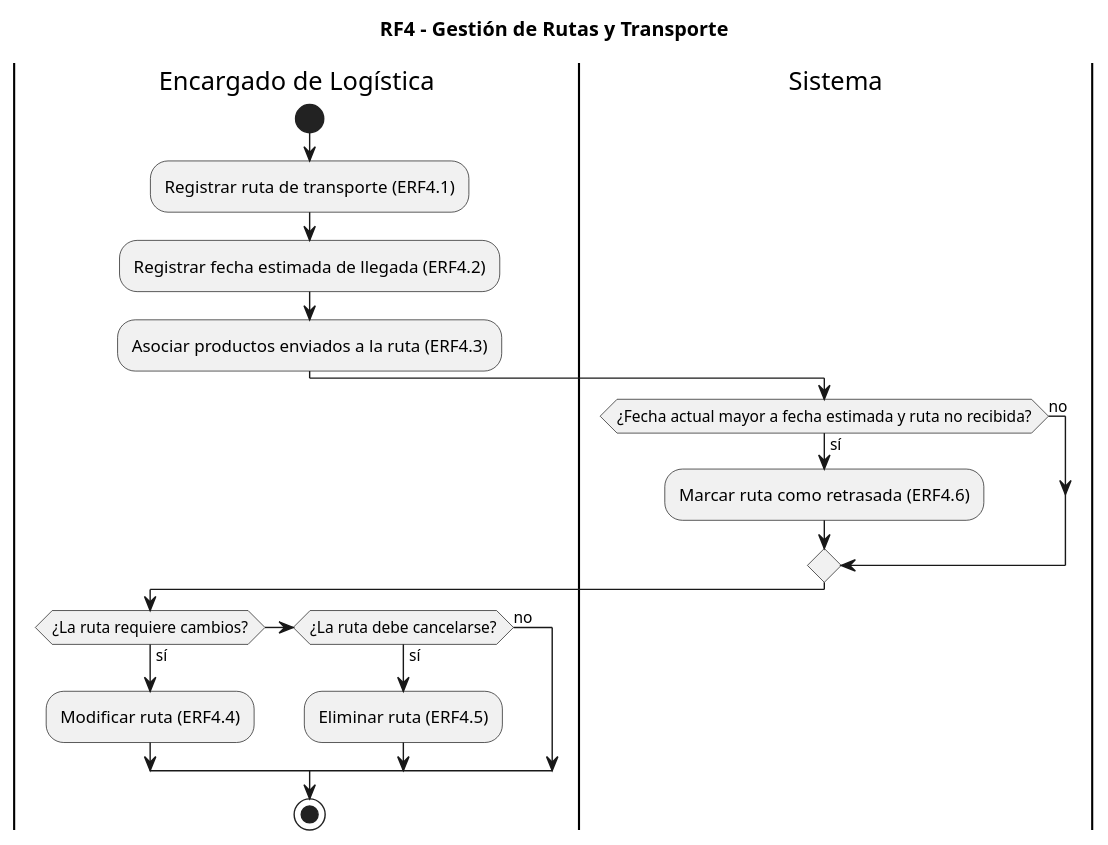
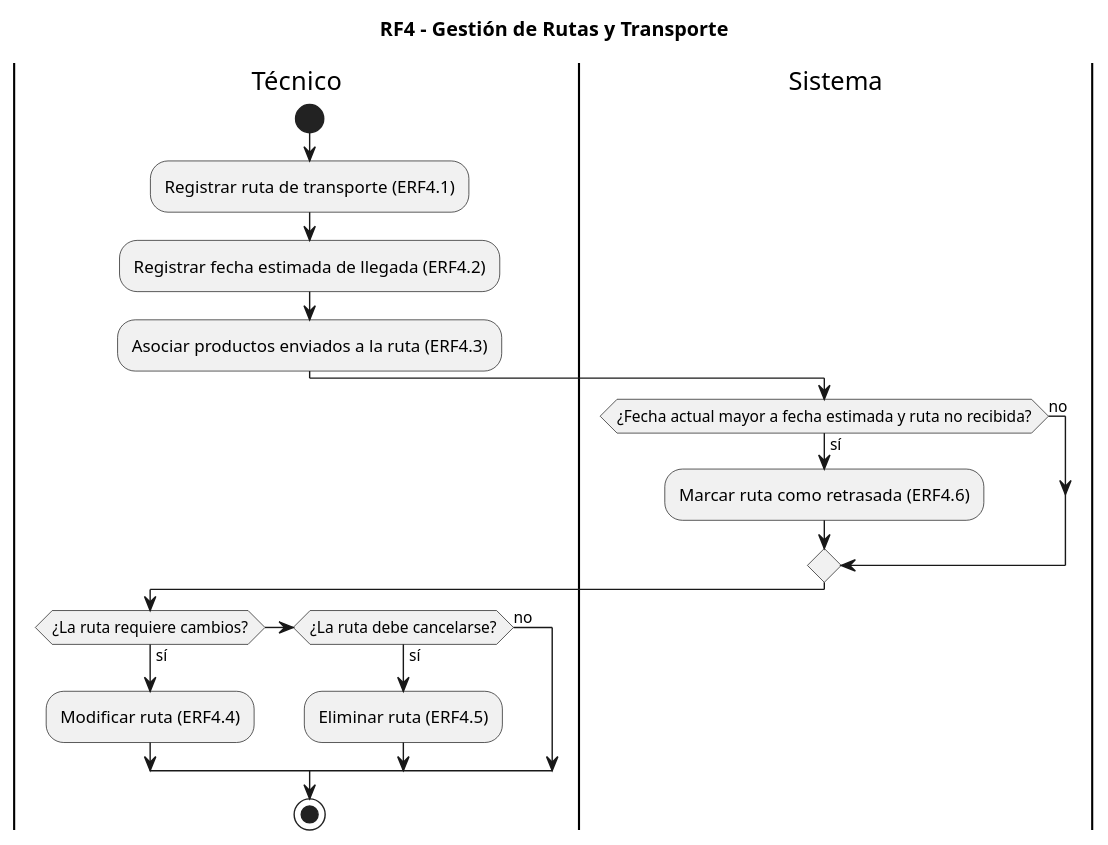
Before and after one commit to kevinZP-ai/pagina-web-almexa: the diagram in public/anexos/03-Diagramas/Diagramas_De_Actividad/RF4_rutas_transporte.puml, drawn with PlantUML. The commit also changed 55 other files, not shown here.

```diff
--- a/public/anexos/03-Diagramas/Diagramas_De_Actividad/RF4_rutas_transporte.puml
+++ b/public/anexos/03-Diagramas/Diagramas_De_Actividad/RF4_rutas_transporte.puml
@@ -1,25 +1,25 @@
 @startuml
 title RF4 - Gestión de Rutas y Transporte
 
-|Encargado de Logística|
+|Técnico|
 start
 :Registrar ruta de transporte (ERF4.1);
 :Registrar fecha estimada de llegada (ERF4.2);
 :Asociar productos enviados a la ruta (ERF4.3);
 
 |Sistema|
 if (¿Fecha actual mayor a fecha estimada y ruta no recibida?) then (sí)
   :Marcar ruta como retrasada (ERF4.6);
 else (no)
 endif
 
-|Encargado de Logística|
+|Técnico|
 if (¿La ruta requiere cambios?) then (sí)
   :Modificar ruta (ERF4.4);
 elseif (¿La ruta debe cancelarse?) then (sí)
   :Eliminar ruta (ERF4.5);
 else (no)
 endif
 
 stop
 @enduml
```
